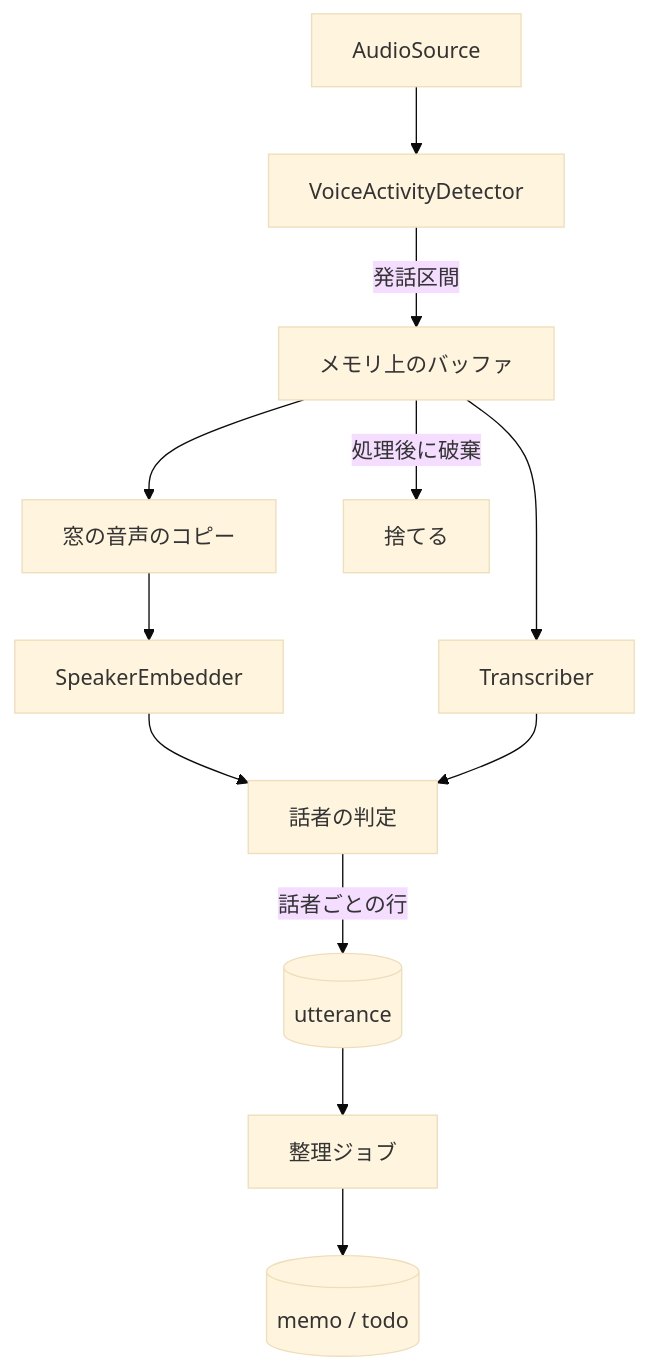
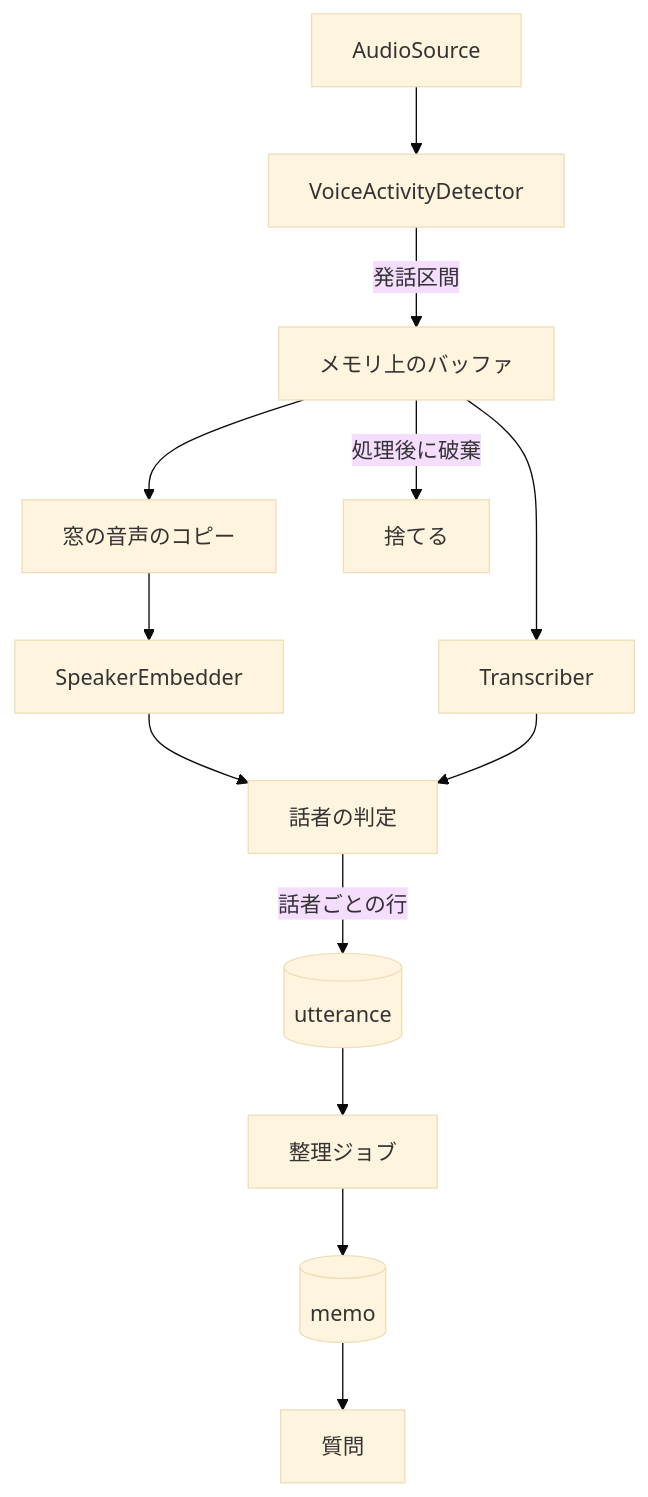
The diagram in docs/エンジン設計.md (InoueDaiki/ambient-memo), drawn with Mermaid (base theme) before and after one commit. The commit also changed other lines of this file and 5 other files, not shown here.

````diff
--- a/docs/エンジン設計.md
+++ b/docs/エンジン設計.md
@@ -146,14 +145,15 @@
 ```mermaid
 flowchart TD
   a[AudioSource] --> v[VoiceActivityDetector]
   v -->|発話区間| b[メモリ上のバッファ]
   b --> t[Transcriber]
   b --> w[窓の音声のコピー]
   w --> s[SpeakerEmbedder]
   s --> p[話者の判定]
   t --> p
   p -->|話者ごとの行| u[(utterance)]
   b -->|処理後に破棄| x[捨てる]
   u --> o[整理ジョブ]
-  o --> m[(memo / todo)]
+  o --> m[(memo)]
+  m --> q[質問]
 ```
````
